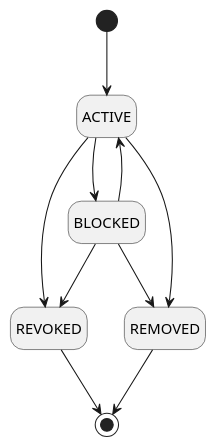
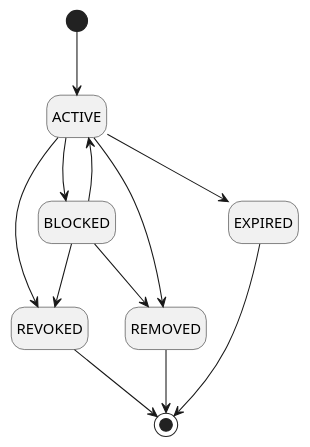
One commit to wultra/signer-cloud changed the diagram in docs-private/signer_status_transitions.puml. Above: the diagram before and after it, drawn with PlantUML.

Commit message:
add EXPIRED to UML

```diff
--- a/docs-private/signer_status_transitions.puml
+++ b/docs-private/signer_status_transitions.puml
@@ -1,16 +1,18 @@
 @startuml
 hide empty description
 
 [*] --> ACTIVE
 ACTIVE --> BLOCKED
 ACTIVE --> REVOKED
 ACTIVE --> REMOVED
+ACTIVE --> EXPIRED
 
 BLOCKED --> ACTIVE
 BLOCKED --> REVOKED
 BLOCKED --> REMOVED
 
 REVOKED --> [*]
 REMOVED --> [*]
+EXPIRED --> [*]
 
 @enduml
```
